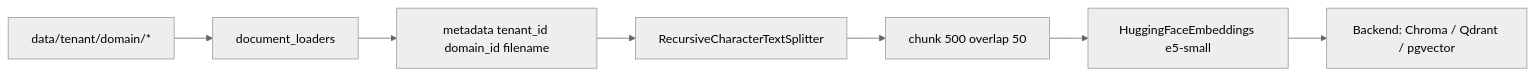
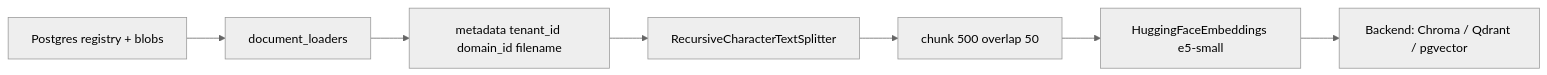
The diagram in docs/en/knowledge-base/rag-vector_store.md (kantik001/grounded-llm), drawn with Mermaid (neutral theme) before and after one commit. The commit also changed other lines of this file and 97 other files, not shown here.

First line of the commit message:
feat: enterprise KB source of truth with registry, blobs, and index runs (#147)

````diff
--- a/docs/en/knowledge-base/rag-vector_store.md
+++ b/docs/en/knowledge-base/rag-vector_store.md
@@ -19,9 +19,9 @@
 ```mermaid
 flowchart LR
-    A[data/tenant/domain/*] --> B[document_loaders]
+    A[Postgres registry + blobs] --> B[document_loaders]
     B --> C[metadata tenant_id domain_id filename]
     C --> D[RecursiveCharacterTextSplitter]
     D --> E[chunk 500 overlap 50]
     E --> F[HuggingFaceEmbeddings e5-small]
     F --> G[Backend: Chroma / Qdrant / pgvector]
 ```
````
